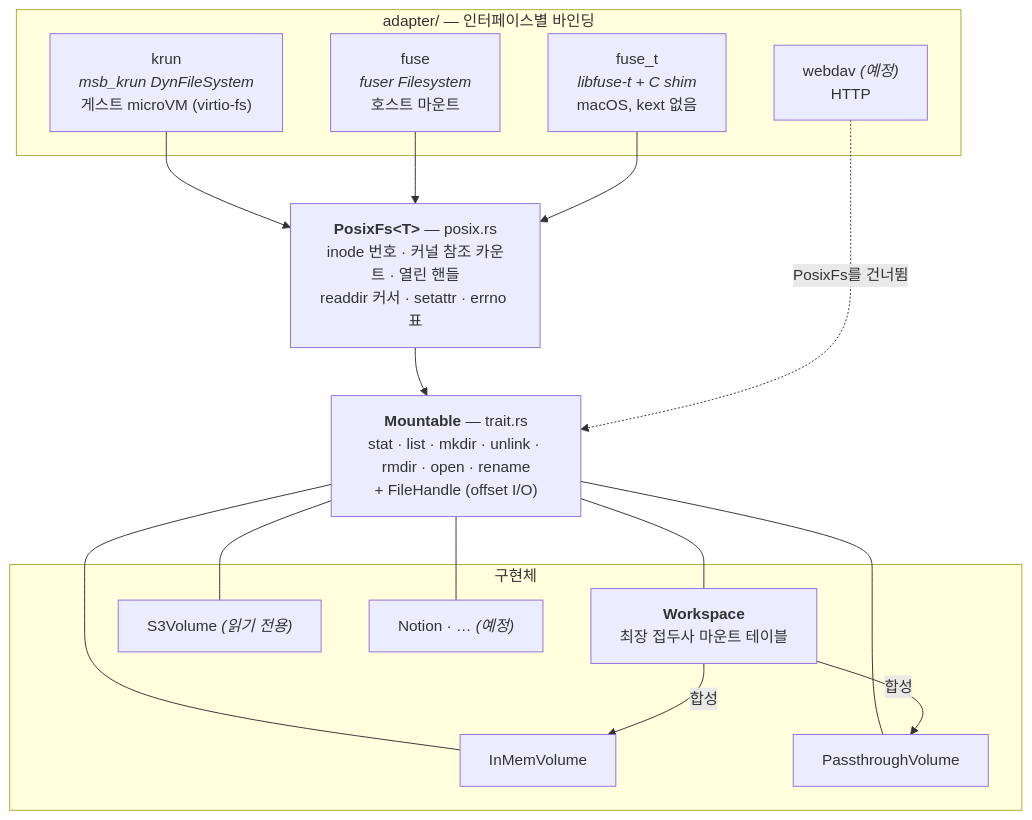
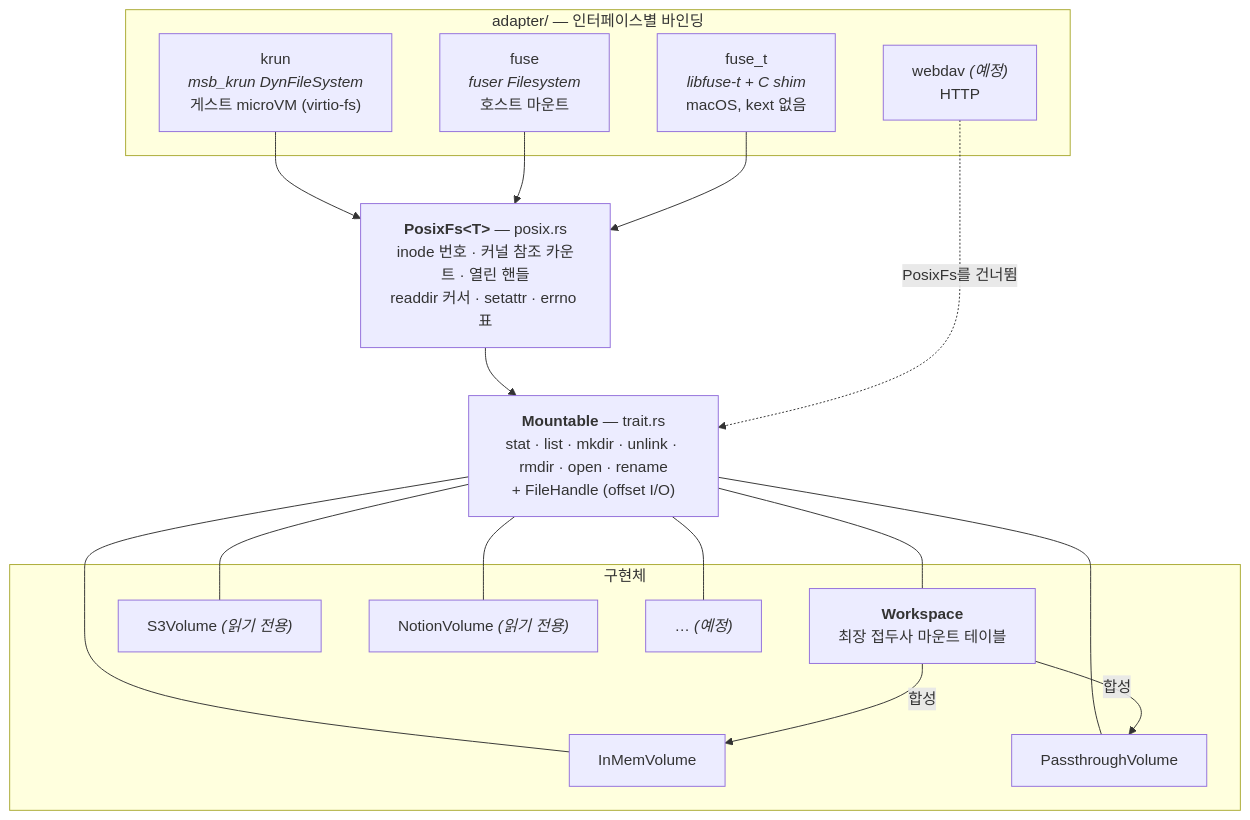
One commit to brekkylab/cortex changed the diagram in ARCHITECTURE.md. Above: the diagram before and after it, drawn with Mermaid. The commit also changed other lines of this file and 40 other files, not shown here.

Commit message:
Async Mountable + VolumeSpec, FsHook, and a Notion provider (#7)

````diff
--- a/ARCHITECTURE.md
+++ b/ARCHITECTURE.md
@@ -13,34 +13,36 @@
 ```mermaid
 flowchart TB
     subgraph surface["adapter/ — 인터페이스별 바인딩"]
         krun["krun<br/><i>msb_krun DynFileSystem</i><br/>게스트 microVM (virtio-fs)"]
         fuse["fuse<br/><i>fuser Filesystem</i><br/>호스트 마운트"]
         fuset["fuse_t<br/><i>libfuse-t + C shim</i><br/>macOS, kext 없음"]
         dav["webdav <i>(예정)</i><br/>HTTP"]
     end
 
     posix["<b>PosixFs&lt;T&gt;</b> — posix.rs<br/>inode 번호 · 커널 참조 카운트 · 열린 핸들<br/>readdir 커서 · setattr · errno 표"]
 
     mountable["<b>Mountable</b> — trait.rs<br/>stat · list · mkdir · unlink · rmdir · open · rename<br/>+ FileHandle (offset I/O)"]
 
     subgraph backends["구현체"]
         ws["<b>Workspace</b><br/>최장 접두사 마운트 테이블"]
         mem["InMemVolume"]
         pass["PassthroughVolume"]
         s3["S3Volume <i>(읽기 전용)</i>"]
-        future["Notion · … <i>(예정)</i>"]
+        notion["NotionVolume <i>(읽기 전용)</i>"]
+        future["… <i>(예정)</i>"]
     end
 
     krun --> posix
     fuse --> posix
     fuset --> posix
     posix --> mountable
     dav -.->|"PosixFs를 건너뜀"| mountable
     mountable --- ws
     mountable --- mem
     mountable --- pass
     mountable --- s3
+    mountable --- notion
     mountable --- future
     ws -->|"합성"| mem
     ws -->|"합성"| pass
 ```
````
